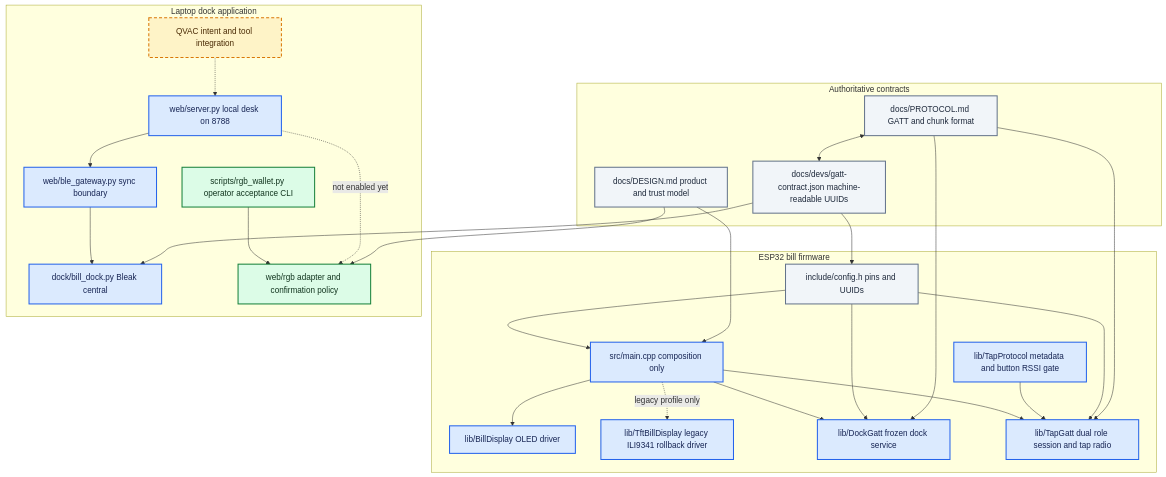
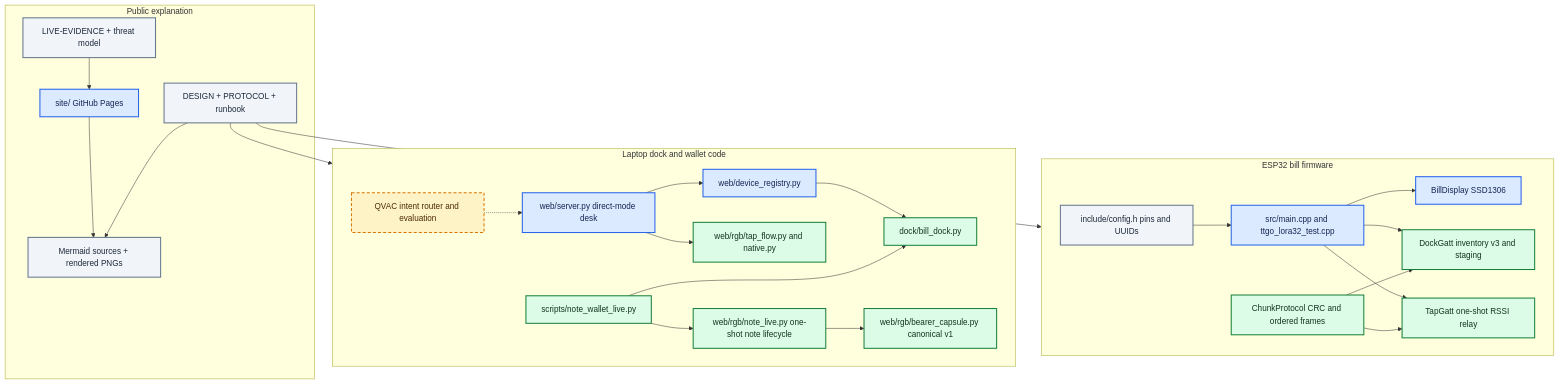
The diagram in docs/diagrams/src/02-component-ownership.mmd (EdwinKestler/bill), drawn with Mermaid before and after one commit. The commit also changed 76 other files, not shown here.

Commit message:
Add offline RGB bearer-note demo

```diff
--- a/docs/diagrams/src/02-component-ownership.mmd
+++ b/docs/diagrams/src/02-component-ownership.mmd
@@ -1,50 +1,49 @@
 flowchart TB
     classDef verified fill:#dcfce7,stroke:#16803a,color:#12351f,stroke-width:2px
     classDef implemented fill:#dbeafe,stroke:#2563eb,color:#172554,stroke-width:2px
     classDef planned fill:#fef3c7,stroke:#d97706,color:#4a2b05,stroke-width:2px,stroke-dasharray:6 4
     classDef contract fill:#f1f5f9,stroke:#64748b,color:#1e293b,stroke-width:2px
 
     subgraph firmware["ESP32 bill firmware"]
-        main["src/main.cpp composition only"]:::implemented
-        display["lib/BillDisplay OLED driver"]:::implemented
-        tftDisplay["lib/TftBillDisplay legacy ILI9341 rollback driver"]:::implemented
-        dockGatt["lib/DockGatt frozen dock service"]:::implemented
-        tapProtocol["lib/TapProtocol metadata and button RSSI gate"]:::implemented
-        tapGatt["lib/TapGatt dual role session and tap radio"]:::implemented
+        main["src/main.cpp and ttgo_lora32_test.cpp"]:::implemented
+        display["BillDisplay SSD1306"]:::implemented
+        chunk["ChunkProtocol CRC and ordered frames"]:::verified
+        dockGatt["DockGatt inventory v3 and staging"]:::verified
+        tapGatt["TapGatt one-shot RSSI relay"]:::verified
         config["include/config.h pins and UUIDs"]:::contract
         main --> display
-        main -.->|"legacy profile only"| tftDisplay
         main --> dockGatt
         main --> tapGatt
-        tapProtocol --> tapGatt
+        chunk --> dockGatt
+        chunk --> tapGatt
         config --> main
-        config --> dockGatt
-        config --> tapGatt
     end
 
-    subgraph dockApp["Laptop dock application"]
-        webServer["web/server.py local desk on 8788"]:::implemented
-        bleGateway["web/ble_gateway.py sync boundary"]:::implemented
-        bleak["dock/bill_dock.py Bleak central"]:::implemented
-        rgbPolicy["web/rgb adapter and confirmation policy"]:::verified
-        walletCli["scripts/rgb_wallet.py operator acceptance CLI"]:::verified
-        qvac["QVAC intent and tool integration"]:::planned
-        webServer --> bleGateway --> bleak
-        walletCli --> rgbPolicy
-        webServer -.->|"not enabled yet"| rgbPolicy
+    subgraph dockApp["Laptop dock and wallet code"]
+        webServer["web/server.py direct-mode desk"]:::implemented
+        registry["web/device_registry.py"]:::implemented
+        bleak["dock/bill_dock.py"]:::verified
+        direct["web/rgb/tap_flow.py and native.py"]:::verified
+        noteLive["web/rgb/note_live.py one-shot note lifecycle"]:::verified
+        capsule["web/rgb/bearer_capsule.py canonical v1"]:::verified
+        operator["scripts/note_wallet_live.py"]:::verified
+        qvac["QVAC intent router and evaluation"]:::planned
+        webServer --> registry --> bleak
+        webServer --> direct
+        operator --> noteLive --> capsule
+        operator --> bleak
         qvac -.-> webServer
     end
 
-    subgraph contracts["Authoritative contracts"]
-        design["docs/DESIGN.md product and trust model"]:::contract
-        protocol["docs/PROTOCOL.md GATT and chunk format"]:::contract
-        json["docs/devs/gatt-contract.json machine-readable UUIDs"]:::contract
-        protocol <--> json
+    subgraph publicDocs["Public explanation"]
+        site["site/ GitHub Pages"]:::implemented
+        design["DESIGN + PROTOCOL + runbook"]:::contract
+        evidence["LIVE-EVIDENCE + threat model"]:::contract
+        diagrams["Mermaid sources + rendered PNGs"]:::contract
+        site --> diagrams
+        design --> diagrams
+        evidence --> site
     end
 
-    protocol --> dockGatt
-    protocol --> tapGatt
-    json --> config
-    json --> bleak
-    design --> main
-    design --> rgbPolicy
+    design --> firmware
+    design --> dockApp
```
